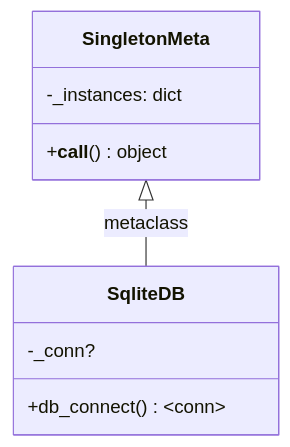
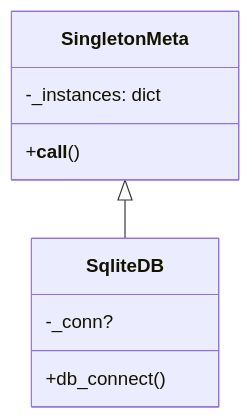
The second of 5 diagrams in docs/architecture.md (anupmika/pybank), drawn with Mermaid before and after one commit. The commit also changed other lines of this file and 2 other files, not shown here.

````diff
--- a/docs/architecture.md
+++ b/docs/architecture.md
@@ -87,12 +60,12 @@
 ```mermaid
 classDiagram
     class SingletonMeta {
         -_instances: dict
-        +__call__() object
+        +__call__()
     }
     class SqliteDB {
         -_conn?
-        +db_connect()~conn~
+        +db_connect()
     }
-    SingletonMeta <|-- SqliteDB : metaclass
+    SingletonMeta <|-- SqliteDB
 ```
````
